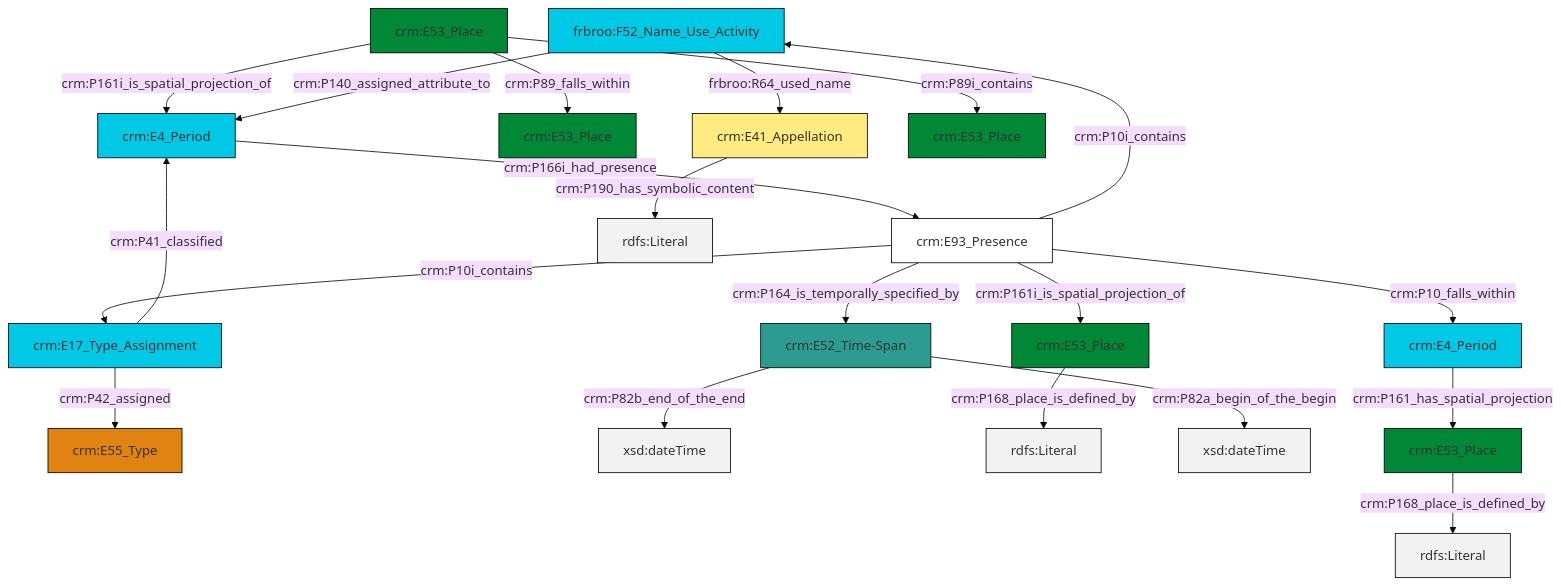
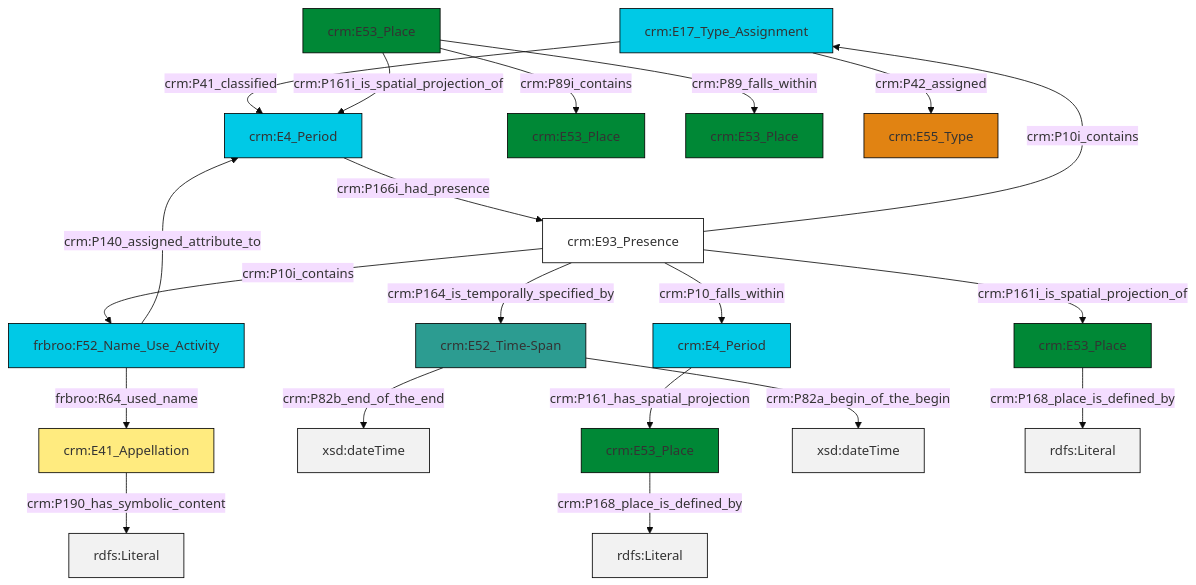
One commit to swiss-art-research-net/reference-data-models changed the diagram in et/placeCSV/ttl/mmd/place_parthood.ttl.mmd. Above: the diagram before and after it, drawn with Mermaid (base theme). The commit also changed 124 other files, not shown here.

```diff
--- a/et/placeCSV/ttl/mmd/place_parthood.ttl.mmd
+++ b/et/placeCSV/ttl/mmd/place_parthood.ttl.mmd
@@ -1,34 +1,34 @@
 graph TD
 classDef Literal fill:#f2f2f2,stroke:#000000;
 classDef CRM_Entity fill:#FFFFFF,stroke:#000000;
 classDef Temporal_Entity fill:#00C9E6, stroke:#000000;
 classDef Type fill:#E18312, stroke:#000000;
 classDef Time-Span fill:#2C9C91, stroke:#000000;
 classDef Appellation fill:#FFEB7F, stroke:#000000;
 classDef Place fill:#008836, stroke:#000000;
 classDef Persistent_Item fill:#B266B2, stroke:#000000;
 classDef Conceptual_Object fill:#FFD700, stroke:#000000;
 classDef Physical_Thing fill:#D2B48C, stroke:#000000;
 classDef Actor fill:#f58aad, stroke:#000000;
 classDef PC_Classes fill:#4ce600, stroke:#000000;
 classDef Multi fill:#cccccc,stroke:#000000;
 
-2["crm:E4_Period"]:::Temporal_Entity -->|crm:P166i_had_presence| 3["crm:E93_Presence"]:::CRM_Entity
-4["crm:E53_Place"]:::Place -->|crm:P161i_is_spatial_projection_of| 2["crm:E4_Period"]:::Temporal_Entity
-5["crm:E17_Type_Assignment"]:::Temporal_Entity -->|crm:P42_assigned| 6["crm:E55_Type"]:::Type
-3["crm:E93_Presence"]:::CRM_Entity -->|crm:P164_is_temporally_specified_by| 9["crm:E52_Time-Span"]:::Time-Span
-0["frbroo:F52_Name_Use_Activity"]:::Temporal_Entity -->|frbroo:R64_used_name| 10["crm:E41_Appellation"]:::Appellation
-9["crm:E52_Time-Span"]:::Time-Span -->|crm:P82b_end_of_the_end| 12[xsd:dateTime]:::Literal
-5["crm:E17_Type_Assignment"]:::Temporal_Entity -->|crm:P41_classified| 2["crm:E4_Period"]:::Temporal_Entity
-3["crm:E93_Presence"]:::CRM_Entity -->|crm:P10_falls_within| 15["crm:E4_Period"]:::Temporal_Entity
-3["crm:E93_Presence"]:::CRM_Entity -->|crm:P161i_is_spatial_projection_of| 17["crm:E53_Place"]:::Place
-17["crm:E53_Place"]:::Place -->|crm:P168_place_is_defined_by| 18[rdfs:Literal]:::Literal
-4["crm:E53_Place"]:::Place -->|crm:P89_falls_within| 7["crm:E53_Place"]:::Place
-4["crm:E53_Place"]:::Place -->|crm:P89i_contains| 13["crm:E53_Place"]:::Place
-3["crm:E93_Presence"]:::CRM_Entity -->|crm:P10i_contains| 5["crm:E17_Type_Assignment"]:::Temporal_Entity
-9["crm:E52_Time-Span"]:::Time-Span -->|crm:P82a_begin_of_the_begin| 20[xsd:dateTime]:::Literal
-3["crm:E93_Presence"]:::CRM_Entity -->|crm:P10i_contains| 0["frbroo:F52_Name_Use_Activity"]:::Temporal_Entity
-21["crm:E53_Place"]:::Place -->|crm:P168_place_is_defined_by| 24[rdfs:Literal]:::Literal
-10["crm:E41_Appellation"]:::Appellation -->|crm:P190_has_symbolic_content| 26[rdfs:Literal]:::Literal
-15["crm:E4_Period"]:::Temporal_Entity -->|crm:P161_has_spatial_projection| 21["crm:E53_Place"]:::Place
-0["frbroo:F52_Name_Use_Activity"]:::Temporal_Entity -->|crm:P140_assigned_attribute_to| 2["crm:E4_Period"]:::Temporal_Entity
+2["crm:E41_Appellation"]:::Appellation -->|crm:P190_has_symbolic_content| 3[rdfs:Literal]:::Literal
+4["crm:E17_Type_Assignment"]:::Temporal_Entity -->|crm:P41_classified| 5["crm:E4_Period"]:::Temporal_Entity
+6["crm:E52_Time-Span"]:::Time-Span -->|crm:P82b_end_of_the_end| 7[xsd:dateTime]:::Literal
+10["crm:E53_Place"]:::Place -->|crm:P161i_is_spatial_projection_of| 5["crm:E4_Period"]:::Temporal_Entity
+6["crm:E52_Time-Span"]:::Time-Span -->|crm:P82a_begin_of_the_begin| 15[xsd:dateTime]:::Literal
+19["crm:E93_Presence"]:::CRM_Entity -->|crm:P10i_contains| 4["crm:E17_Type_Assignment"]:::Temporal_Entity
+10["crm:E53_Place"]:::Place -->|crm:P89_falls_within| 16["crm:E53_Place"]:::Place
+19["crm:E93_Presence"]:::CRM_Entity -->|crm:P161i_is_spatial_projection_of| 0["crm:E53_Place"]:::Place
+13["frbroo:F52_Name_Use_Activity"]:::Temporal_Entity -->|crm:P140_assigned_attribute_to| 5["crm:E4_Period"]:::Temporal_Entity
+19["crm:E93_Presence"]:::CRM_Entity -->|crm:P10i_contains| 13["frbroo:F52_Name_Use_Activity"]:::Temporal_Entity
+13["frbroo:F52_Name_Use_Activity"]:::Temporal_Entity -->|frbroo:R64_used_name| 2["crm:E41_Appellation"]:::Appellation
+10["crm:E53_Place"]:::Place -->|crm:P89i_contains| 11["crm:E53_Place"]:::Place
+0["crm:E53_Place"]:::Place -->|crm:P168_place_is_defined_by| 24[rdfs:Literal]:::Literal
+8["crm:E53_Place"]:::Place -->|crm:P168_place_is_defined_by| 25[rdfs:Literal]:::Literal
+19["crm:E93_Presence"]:::CRM_Entity -->|crm:P164_is_temporally_specified_by| 6["crm:E52_Time-Span"]:::Time-Span
+19["crm:E93_Presence"]:::CRM_Entity -->|crm:P10_falls_within| 20["crm:E4_Period"]:::Temporal_Entity
+4["crm:E17_Type_Assignment"]:::Temporal_Entity -->|crm:P42_assigned| 26["crm:E55_Type"]:::Type
+5["crm:E4_Period"]:::Temporal_Entity -->|crm:P166i_had_presence| 19["crm:E93_Presence"]:::CRM_Entity
+20["crm:E4_Period"]:::Temporal_Entity -->|crm:P161_has_spatial_projection| 8["crm:E53_Place"]:::Place
```
